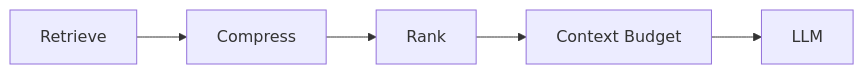
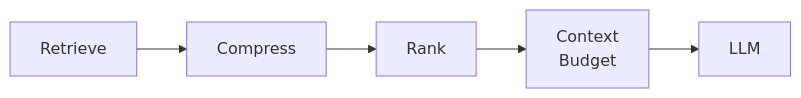
Before and after one commit to MihirKJha/enterprise-ai-blog: the second of 6 diagrams in docs/architecture-insights/genai-and-rag/3.1-engineering-the-context-control-layer-for-enterprise-retrieval.md, drawn with Mermaid. The commit also changed other lines of this file, not shown here.

First line of the commit message:
Updated 3.1-engineering-the-context-control-layer-for-enterprise-retrieval.md

````diff
--- a/docs/architecture-insights/genai-and-rag/3.1-engineering-the-context-control-layer-for-enterprise-retrieval.md
+++ b/docs/architecture-insights/genai-and-rag/3.1-engineering-the-context-control-layer-for-enterprise-retrieval.md
@@ -144,7 +144,7 @@
 ```mermaid
 graph LR
     A[Retrieve] --> B[Compress]
     B --> C[Rank]
-    C --> D[Context Budget]
+    C --> D[Context<br/>Budget]
     D --> E[LLM]
 ```
````
